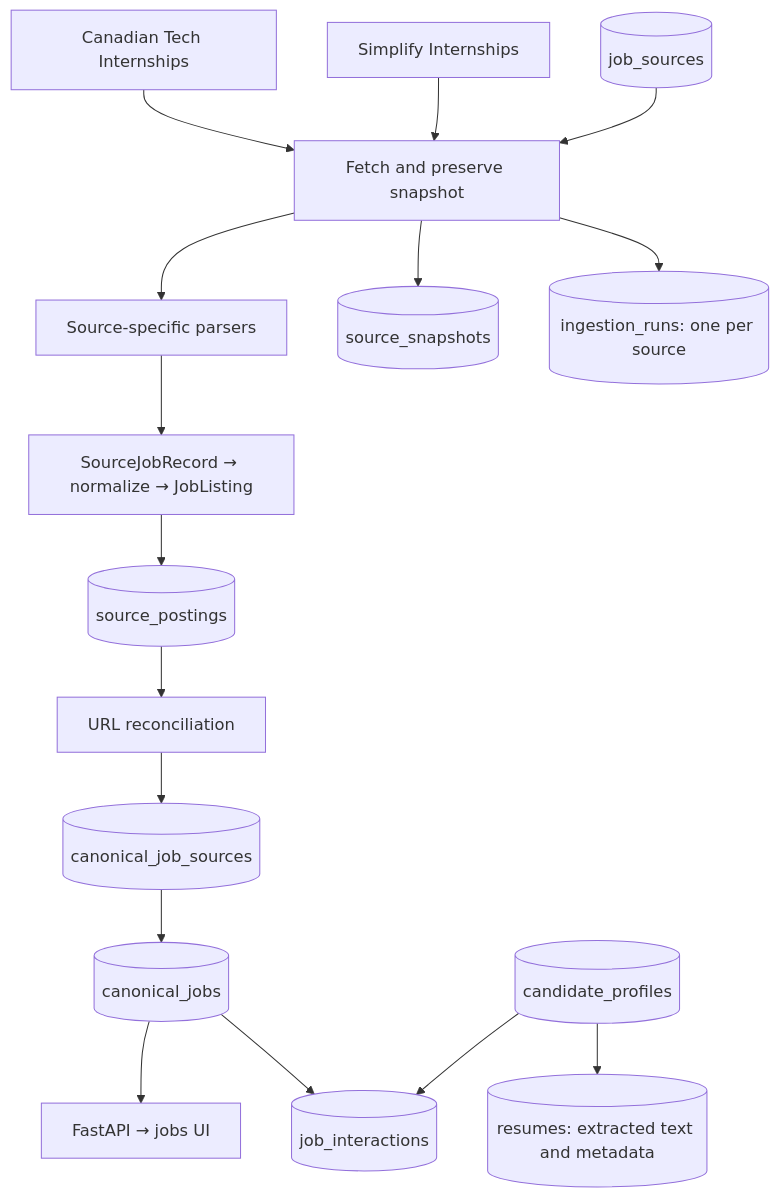
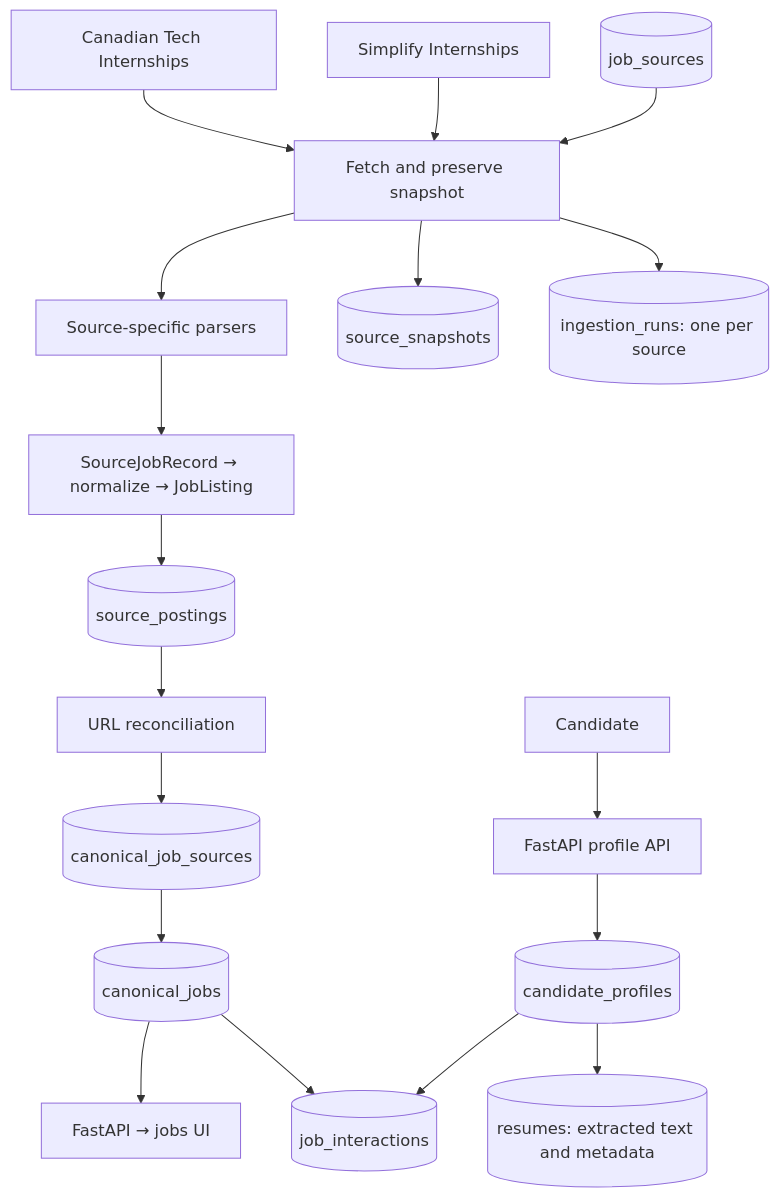
The diagram in README.md (aymaanalamgir/internshipfeed), drawn with Mermaid before and after one commit. The commit also changed other lines of this file and 6 other files, not shown here.

Commit message:
profile api

````diff
--- a/README.md
+++ b/README.md
@@ -7,18 +7,20 @@
 ```mermaid
 flowchart TD
     A[Canadian Tech Internships] --> F[Fetch and preserve snapshot]
     B[Simplify Internships] --> F
     F --> P[Source-specific parsers]
     P --> N[SourceJobRecord → normalize → JobListing]
     N --> SP[(source_postings)]
     SP --> R[URL reconciliation]
     R --> MAP[(canonical_job_sources)]
     MAP --> C[(canonical_jobs)]
     C --> API[FastAPI → jobs UI]
     F --> SS[(source_snapshots)]
     F --> RUN[(ingestion_runs: one per source)]
     JS[(job_sources)] --> F
+    CAND[Candidate] --> PROFILE[FastAPI profile API]
+    PROFILE --> CP[(candidate_profiles)]
     CP[(candidate_profiles)] --> E[(job_interactions)]
     C --> E
     CP --> RES[(resumes: extracted text and metadata)]
 ```
````
